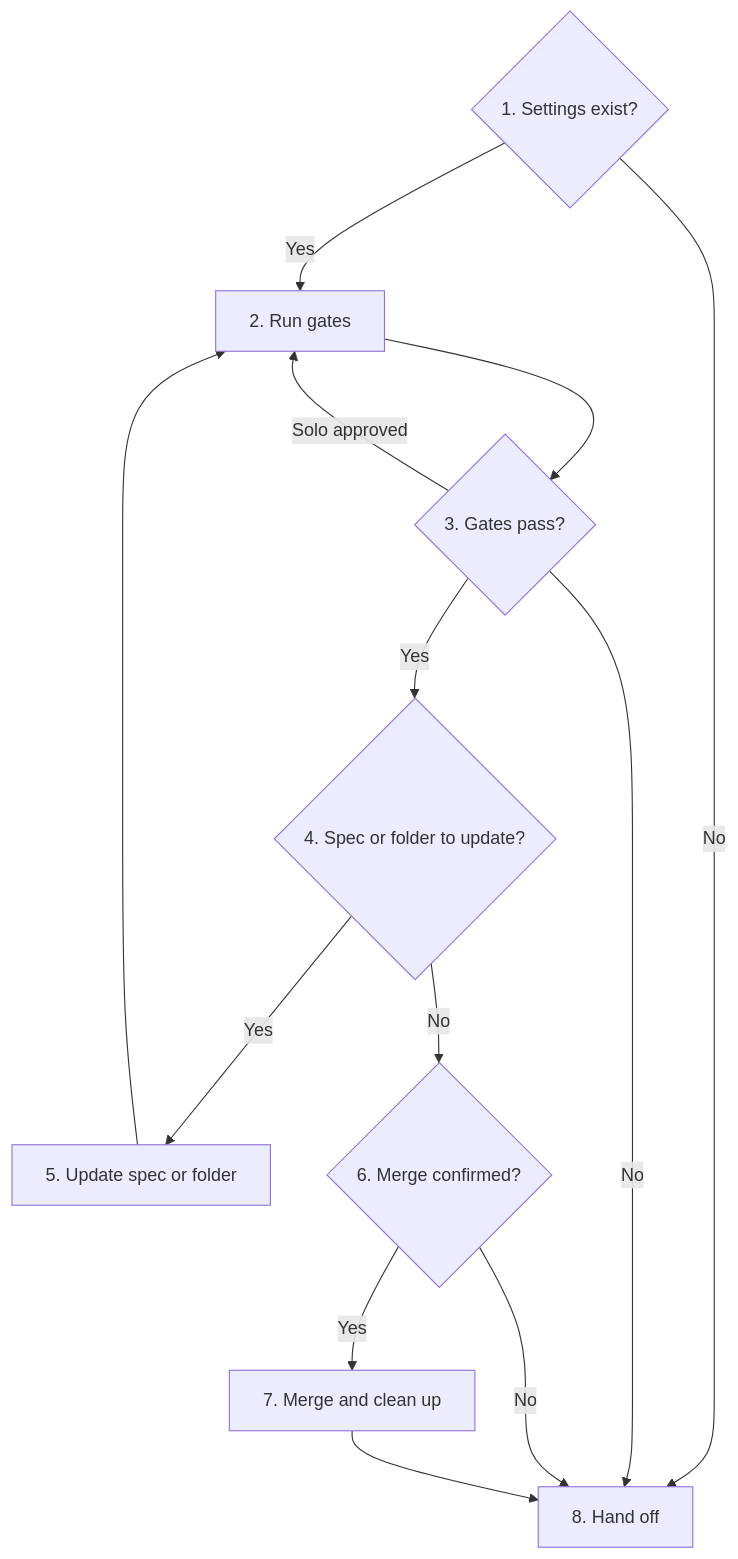
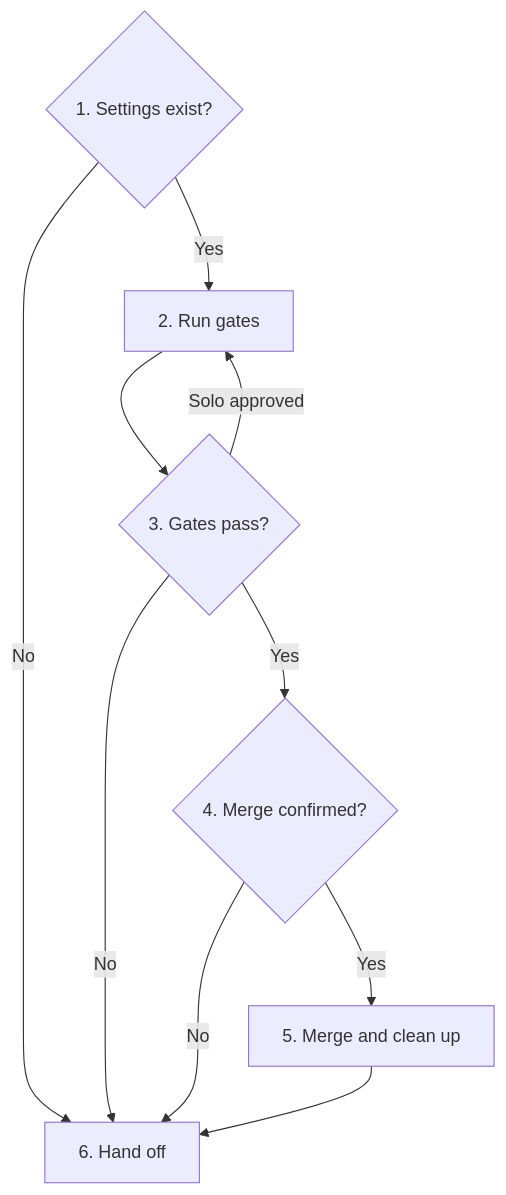
One commit to cultoftheai/skills changed the diagram in skills/sdlc/ship/SKILL.md. Above: the diagram before and after it, drawn with Mermaid. The commit also changed other lines of this file and 1 other file, not shown here.

First line of the commit message:
Merge the approved head untouched in ship

````diff
--- a/skills/sdlc/ship/SKILL.md
+++ b/skills/sdlc/ship/SKILL.md
@@ -23,24 +23,19 @@
 ```mermaid
 flowchart TD
     A{1. Settings exist?}
     B[2. Run gates]
     C{3. Gates pass?}
-    D{4. Spec or folder to update?}
-    E[5. Update spec or folder]
-    F{6. Merge confirmed?}
-    G[7. Merge and clean up]
-    H[8. Hand off]
+    D{4. Merge confirmed?}
+    E[5. Merge and clean up]
+    F[6. Hand off]
 
     A -->|Yes| B
-    A -->|No| H
+    A -->|No| F
     B --> C
     C -->|Yes| D
     C -->|Solo approved| B
-    C -->|No| H
+    C -->|No| F
     D -->|Yes| E
     D -->|No| F
-    E --> B
-    F -->|Yes| G
-    F -->|No| H
-    G --> H
+    E --> F
 ```
````
